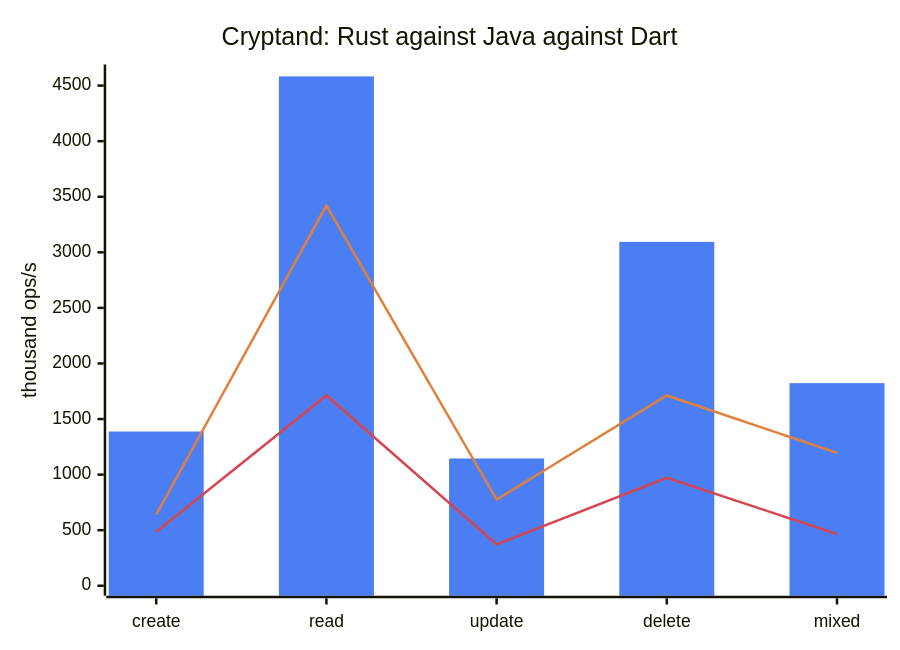
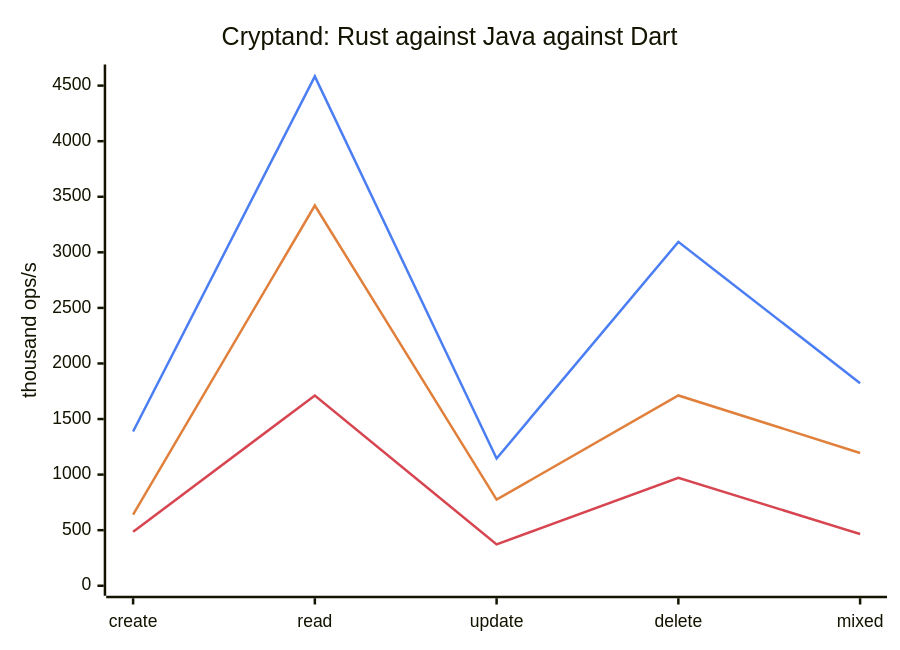
The fourth of 4 diagrams in reference/bench/RESULTS.md (nitrite/cryptand), drawn with Mermaid before and after one commit.

Commit message:
fix: Change rust benchmark representation from bar to line for clarity

````diff
--- a/reference/bench/RESULTS.md
+++ b/reference/bench/RESULTS.md
@@ -138,10 +138,10 @@
 ```mermaid
 %%{init: {"themeVariables": {"xyChart": {"plotColorPalette": "#4C7EF3, #E0803C, #D64550"}}}}%%
 xychart-beta
     title "Cryptand: Rust against Java against Dart"
     x-axis ["create", "read", "update", "delete", "mixed"]
     y-axis "thousand ops/s" 0 --> 4600
-    bar "rust" [1388, 4583, 1145, 3094, 1823]
+    line "rust" [1388, 4583, 1145, 3094, 1823]
     line "java" [639, 3421, 775, 1712, 1195]
     line "dart" [485, 1712, 372, 972, 465]
 ```
````
